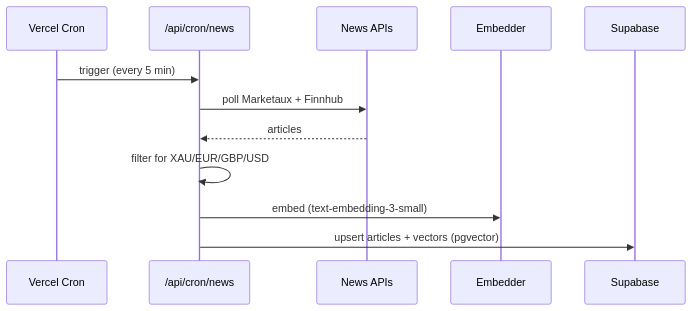
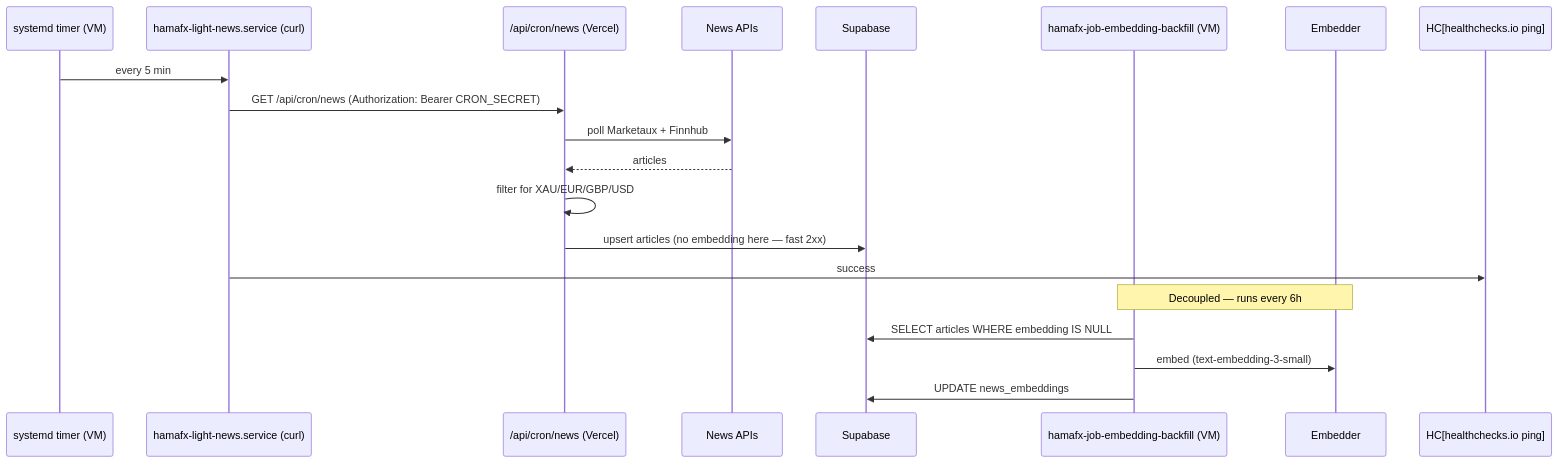
One commit to HamaFx/Kestrel changed the fourth of 5 diagrams in docs/01-architecture.md. Above: the diagram before and after it, drawn with Mermaid. The commit also changed other lines of this file and 16 other files, not shown here.

````diff
--- a/docs/01-architecture.md
+++ b/docs/01-architecture.md
@@ -135,15 +146,22 @@
 ```mermaid
 sequenceDiagram
-    participant C as Vercel Cron
-    participant W as /api/cron/news
+    participant T as systemd timer (VM)
+    participant Light as hamafx-light-news.service (curl)
+    participant W as /api/cron/news (Vercel)
     participant N as News APIs
+    participant S as Supabase
+    participant Heavy as hamafx-job-embedding-backfill (VM)
     participant E as Embedder
-    participant S as Supabase
 
-    C->>W: trigger (every 5 min)
+    T->>Light: every 5 min
+    Light->>W: GET /api/cron/news (Authorization: Bearer CRON_SECRET)
     W->>N: poll Marketaux + Finnhub
     N-->>W: articles
     W->>W: filter for XAU/EUR/GBP/USD
-    W->>E: embed (text-embedding-3-small)
-    W->>S: upsert articles + vectors (pgvector)
+    W->>S: upsert articles (no embedding here — fast 2xx)
+    Light->>HC[healthchecks.io ping]: success
+    note over Heavy,E: Decoupled — runs every 6h
+    Heavy->>S: SELECT articles WHERE embedding IS NULL
+    Heavy->>E: embed (text-embedding-3-small)
+    Heavy->>S: UPDATE news_embeddings
 ```
````
